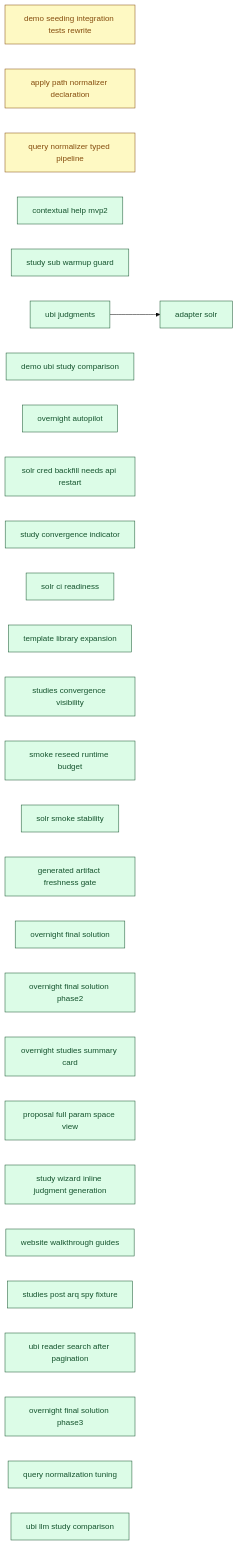
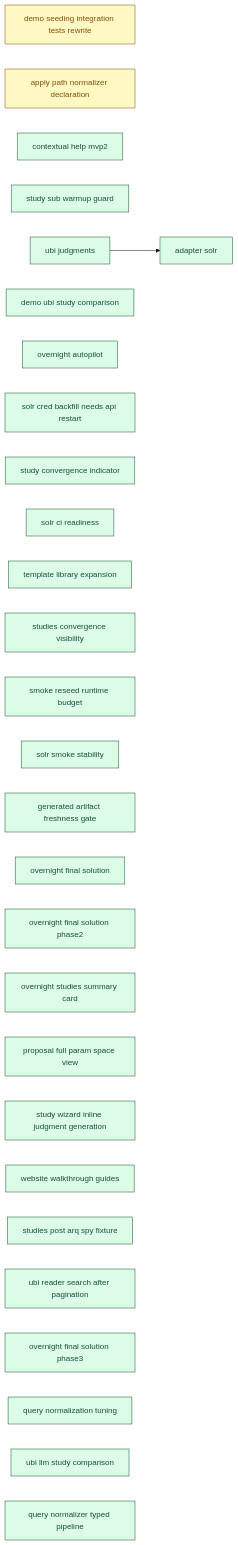
Before and after one commit to SoundMindsAI/relyloop: the diagram in docs/00_overview/MVP2_DASHBOARD.md, drawn with Mermaid (base theme). The commit also changed other lines of this file and 10 other files, not shown here.

First line of the commit message:
docs: finalize feat_query_normalizer_typed_pipeline (PR #509) (#513)

````diff
--- a/docs/00_overview/MVP2_DASHBOARD.md
+++ b/docs/00_overview/MVP2_DASHBOARD.md
@@ -112,65 +112,65 @@
 ```mermaid
 graph LR
   classDef done fill:#dcfce7,stroke:#14532d,color:#14532d;
   classDef implement fill:#ffedd5,stroke:#9a3412,color:#9a3412;
   classDef plan fill:#fef9c3,stroke:#854d0e,color:#854d0e;
   classDef spec fill:#dbeafe,stroke:#1e40af,color:#1e40af;
   classDef idea fill:#f1f5f9,stroke:#334155,color:#334155;
   chore_demo_seeding_integration_tests_rewrite["demo seeding integration tests rewrite"]
   class chore_demo_seeding_integration_tests_rewrite plan;
   feat_apply_path_normalizer_declaration["apply path normalizer declaration"]
   class feat_apply_path_normalizer_declaration plan;
-  feat_query_normalizer_typed_pipeline["query normalizer typed pipeline"]
-  class feat_query_normalizer_typed_pipeline plan;
   feat_contextual_help_mvp2["contextual help mvp2"]
   class feat_contextual_help_mvp2 done;
   feat_study_sub_warmup_guard["study sub warmup guard"]
   class feat_study_sub_warmup_guard done;
   feat_ubi_judgments["ubi judgments"]
   class feat_ubi_judgments done;
   feat_demo_ubi_study_comparison["demo ubi study comparison"]
   class feat_demo_ubi_study_comparison done;
   feat_overnight_autopilot["overnight autopilot"]
   class feat_overnight_autopilot done;
   infra_adapter_solr["adapter solr"]
   class infra_adapter_solr done;
   chore_solr_cred_backfill_needs_api_restart["solr cred backfill needs api restart"]
   class chore_solr_cred_backfill_needs_api_restart done;
   feat_study_convergence_indicator["study convergence indicator"]
   class feat_study_convergence_indicator done;
   infra_solr_ci_readiness["solr ci readiness"]
   class infra_solr_ci_readiness done;
   chore_template_library_expansion["template library expansion"]
   class chore_template_library_expansion done;
   feat_studies_convergence_visibility["studies convergence visibility"]
   class feat_studies_convergence_visibility done;
   infra_smoke_reseed_runtime_budget["smoke reseed runtime budget"]
   class infra_smoke_reseed_runtime_budget done;
   infra_solr_smoke_stability["solr smoke stability"]
   class infra_solr_smoke_stability done;
   infra_generated_artifact_freshness_gate["generated artifact freshness gate"]
   class infra_generated_artifact_freshness_gate done;
   feat_overnight_final_solution["overnight final solution"]
   class feat_overnight_final_solution done;
   feat_overnight_final_solution_phase2["overnight final solution phase2"]
   class feat_overnight_final_solution_phase2 done;
   feat_overnight_studies_summary_card["overnight studies summary card"]
   class feat_overnight_studies_summary_card done;
   feat_proposal_full_param_space_view["proposal full param space view"]
   class feat_proposal_full_param_space_view done;
   feat_study_wizard_inline_judgment_generation["study wizard inline judgment generation"]
   class feat_study_wizard_inline_judgment_generation done;
   feat_website_walkthrough_guides["website walkthrough guides"]
   class feat_website_walkthrough_guides done;
   chore_studies_post_arq_spy_fixture["studies post arq spy fixture"]
   class chore_studies_post_arq_spy_fixture done;
   chore_ubi_reader_search_after_pagination["ubi reader search after pagination"]
   class chore_ubi_reader_search_after_pagination done;
   feat_overnight_final_solution_phase3["overnight final solution phase3"]
   class feat_overnight_final_solution_phase3 done;
   feat_query_normalization_tuning["query normalization tuning"]
   class feat_query_normalization_tuning done;
   feat_ubi_llm_study_comparison["ubi llm study comparison"]
   class feat_ubi_llm_study_comparison done;
+  feat_query_normalizer_typed_pipeline["query normalizer typed pipeline"]
+  class feat_query_normalizer_typed_pipeline done;
   feat_ubi_judgments --> infra_adapter_solr
 ```
````
